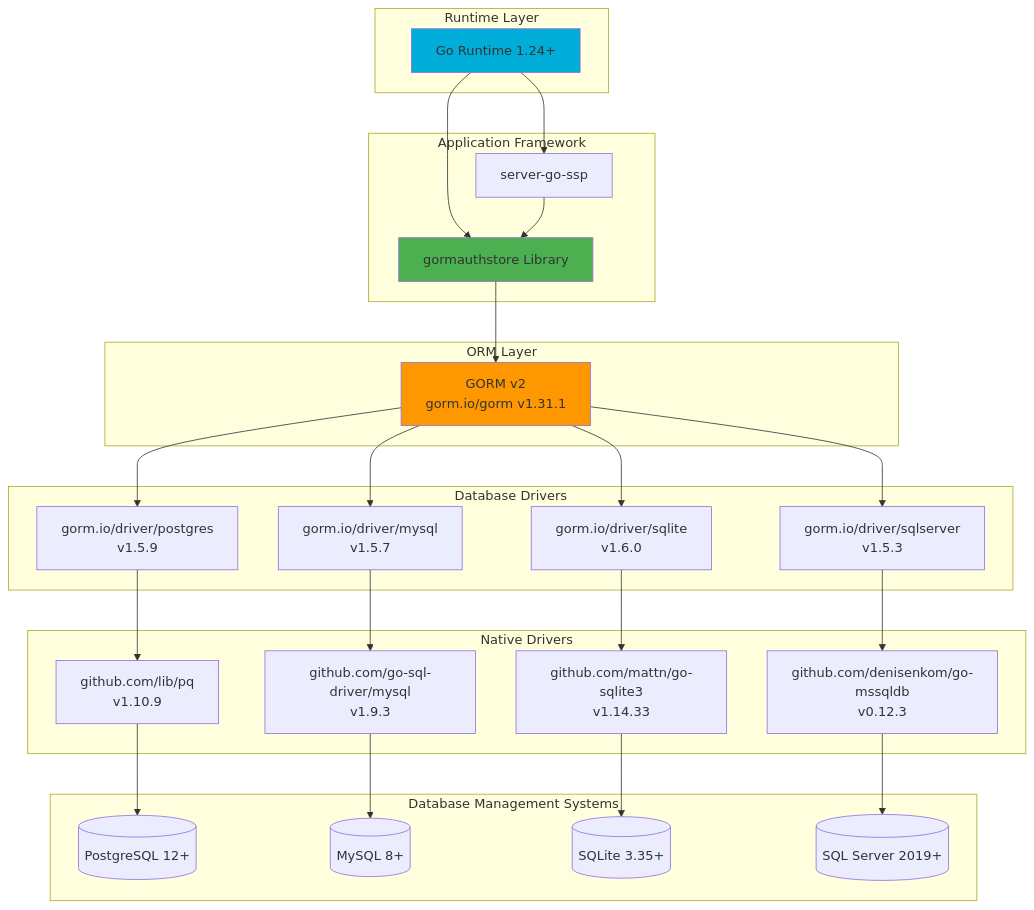
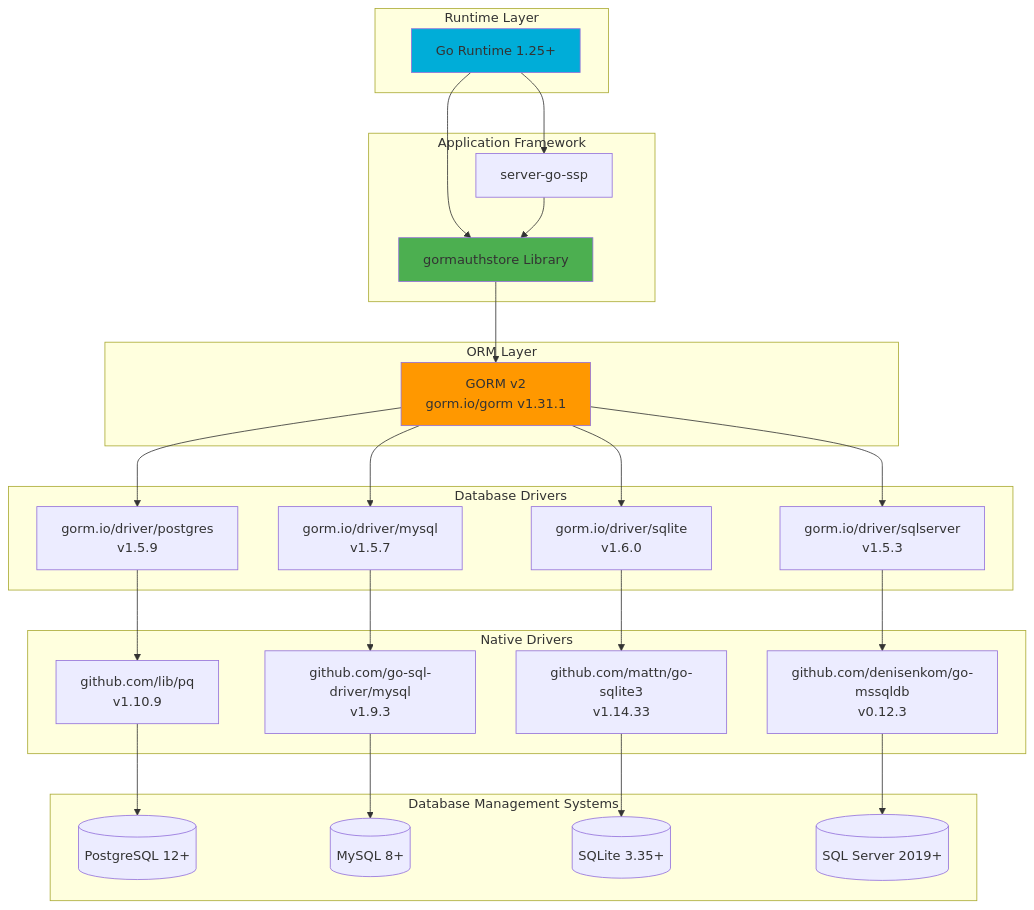
One commit to dxcSithLord/server-go-ssp-gormauthstore changed the eighth of 16 diagrams in docs/ARCHITECTURE.md. Above: the diagram before and after it, drawn with Mermaid. The commit also changed 14 other files, not shown here.

````diff
--- a/docs/ARCHITECTURE.md
+++ b/docs/ARCHITECTURE.md
@@ -380,61 +380,61 @@
 ```mermaid
 graph TB
     subgraph "Runtime Layer"
-        GO[Go Runtime 1.24+]
+        GO[Go Runtime 1.25+]
     end
 
     subgraph "Application Framework"
         LIB[gormauthstore Library]
         SSP[server-go-ssp]
     end
 
     subgraph "ORM Layer"
         GORM2[GORM v2<br/>gorm.io/gorm v1.31.1]
     end
 
     subgraph "Database Drivers"
         DRV_PG[gorm.io/driver/postgres<br/>v1.5.9]
         DRV_MY[gorm.io/driver/mysql<br/>v1.5.7]
         DRV_SQ[gorm.io/driver/sqlite<br/>v1.6.0]
         DRV_MS[gorm.io/driver/sqlserver<br/>v1.5.3]
     end
 
     subgraph "Native Drivers"
         PQ[github.com/lib/pq<br/>v1.10.9]
         MY[github.com/go-sql-driver/mysql<br/>v1.9.3]
         SQ3[github.com/mattn/go-sqlite3<br/>v1.14.33]
         MSSQL[github.com/denisenkom/go-mssqldb<br/>v0.12.3]
     end
 
     subgraph "Database Management Systems"
         PG_DB[(PostgreSQL 12+)]
         MY_DB[(MySQL 8+)]
         SQ_DB[(SQLite 3.35+)]
         MS_DB[(SQL Server 2019+)]
     end
 
     GO --> LIB
     GO --> SSP
     SSP --> LIB
 
     LIB --> GORM2
 
     GORM2 --> DRV_PG
     GORM2 --> DRV_MY
     GORM2 --> DRV_SQ
     GORM2 --> DRV_MS
 
     DRV_PG --> PQ
     DRV_MY --> MY
     DRV_SQ --> SQ3
     DRV_MS --> MSSQL
 
     PQ --> PG_DB
     MY --> MY_DB
     SQ3 --> SQ_DB
     MSSQL --> MS_DB
 
     style GO fill:#00ADD8
     style LIB fill:#4CAF50
     style GORM2 fill:#FF9800
 ```
````
